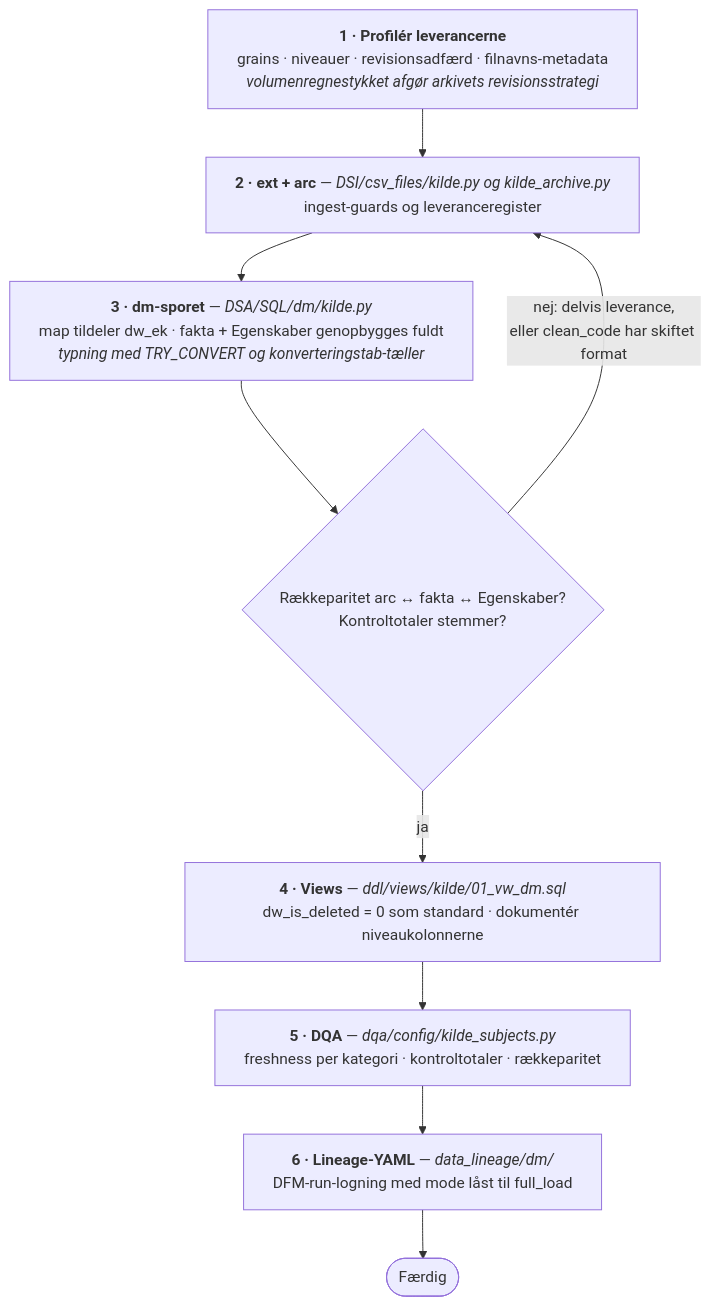
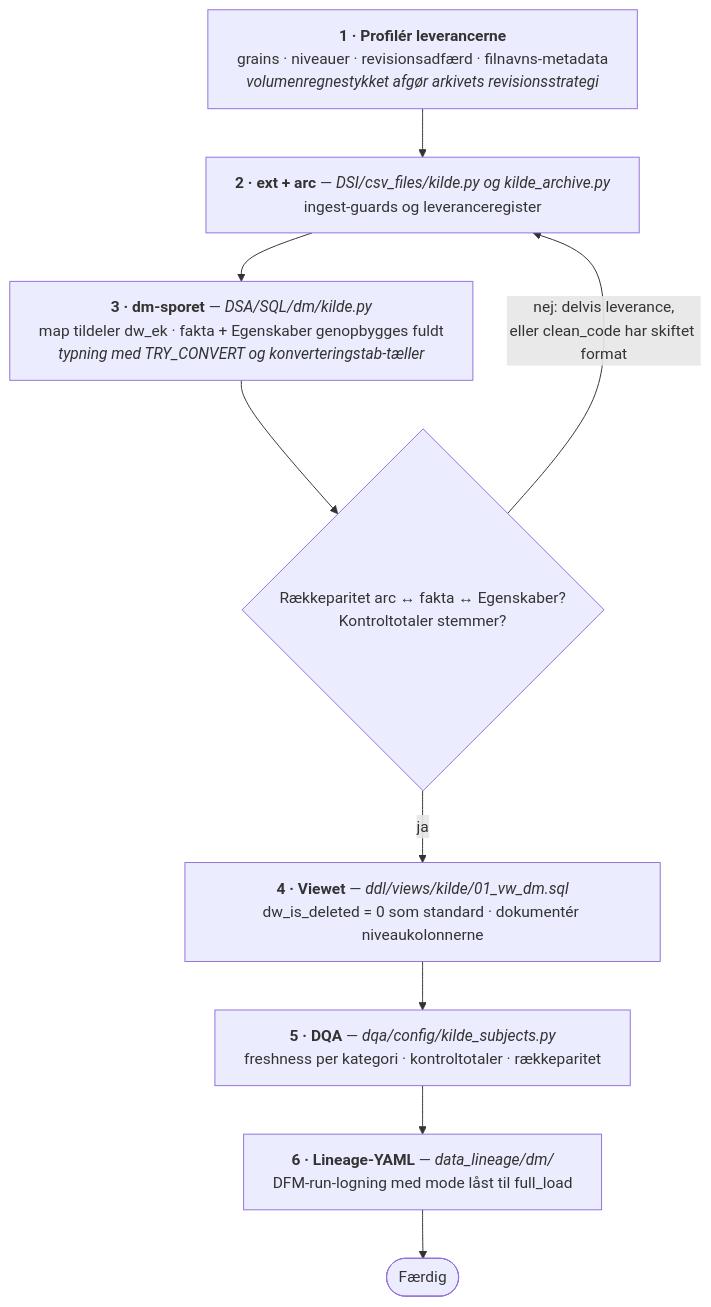
The diagram in etl/docs/basismodel/03c_DSA_arkiv_til_dmskema.md (enversion-journl/healthpipe), drawn with Mermaid before and after one commit. The commit also changed other lines of this file and 623 other files, not shown here.

````diff
--- a/etl/docs/basismodel/03c_DSA_arkiv_til_dmskema.md
+++ b/etl/docs/basismodel/03c_DSA_arkiv_til_dmskema.md
@@ -218,16 +219,16 @@
 ```mermaid
 %%{init: {"flowchart": {"wrappingWidth": 430}}}%%
 flowchart TD
     PRO["<b>1 · Profilér leverancerne</b><br/>grains · niveauer · revisionsadfærd · filnavns-metadata<br/><i>volumenregnestykket afgør arkivets revisionsstrategi</i>"]
     EXT["<b>2 · ext + arc</b> — <i>DSI/csv_files/kilde.py og kilde_archive.py</i><br/>ingest-guards og leveranceregister"]
     DM["<b>3 · dm-sporet</b> — <i>DSA/SQL/dm/kilde.py</i><br/>map tildeler dw_ek · fakta + Egenskaber genopbygges fuldt<br/><i>typning med TRY_CONVERT og konverteringstab-tæller</i>"]
-    VW["<b>4 · Views</b> — <i>ddl/views/kilde/01_vw_dm.sql</i><br/>dw_is_deleted = 0 som standard · dokumentér niveaukolonnerne"]
+    VW["<b>4 · Viewet</b> — <i>ddl/views/kilde/01_vw_dm.sql</i><br/>dw_is_deleted = 0 som standard · dokumentér niveaukolonnerne"]
     DQA["<b>5 · DQA</b> — <i>dqa/config/kilde_subjects.py</i><br/>freshness per kategori · kontroltotaler · rækkeparitet"]
     LIN["<b>6 · Lineage-YAML</b> — <i>data_lineage/dm/</i><br/>DFM-run-logning med mode låst til full_load"]
     VER{"Rækkeparitet arc ↔ fakta ↔ Egenskaber?<br/>Kontroltotaler stemmer?"}
     OK(["Færdig"])
 
     PRO --> EXT --> DM --> VER
     VER -- ja --> VW --> DQA --> LIN --> OK
     VER -- "nej: delvis leverance,<br/>eller clean_code har skiftet format" --> EXT
 ```
````
